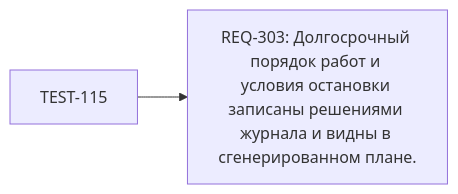
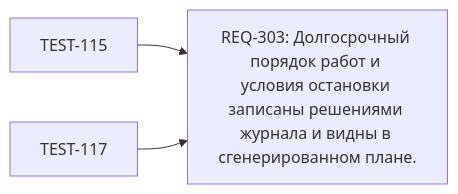
The diagram in state/views/map/REQ-303.mmd (VanUST/dsh-vanust), drawn with Mermaid before and after one commit. The commit also changed 20 other files, not shown here.

```diff
--- a/state/views/map/REQ-303.mmd
+++ b/state/views/map/REQ-303.mmd
@@ -1,4 +1,5 @@
 %% GENERATED — DO NOT EDIT. REQ REQ-303
 graph LR
   REQ_303["REQ-303: Долгосрочный порядок работ и условия остановки записаны решениями журнала и видны в сгенерированном плане."]
   TEST_115["TEST-115"] --> REQ_303
+  TEST_117["TEST-117"] --> REQ_303
```
